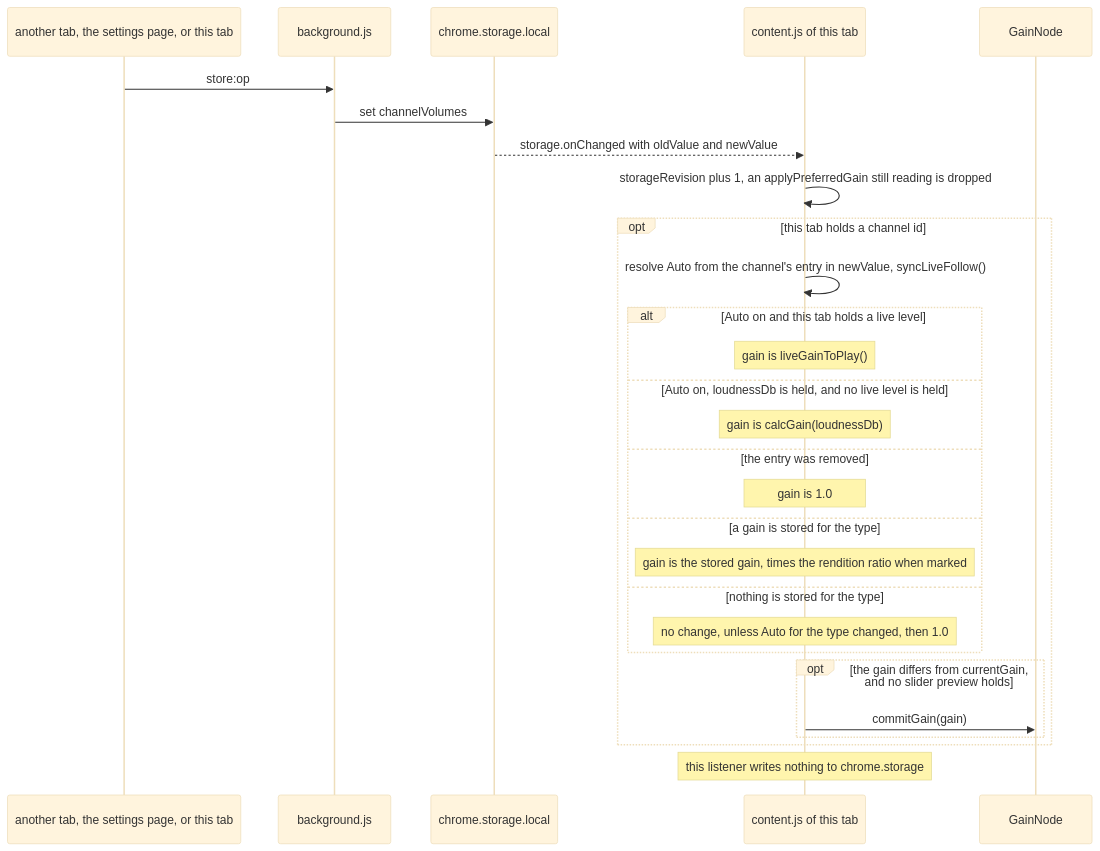
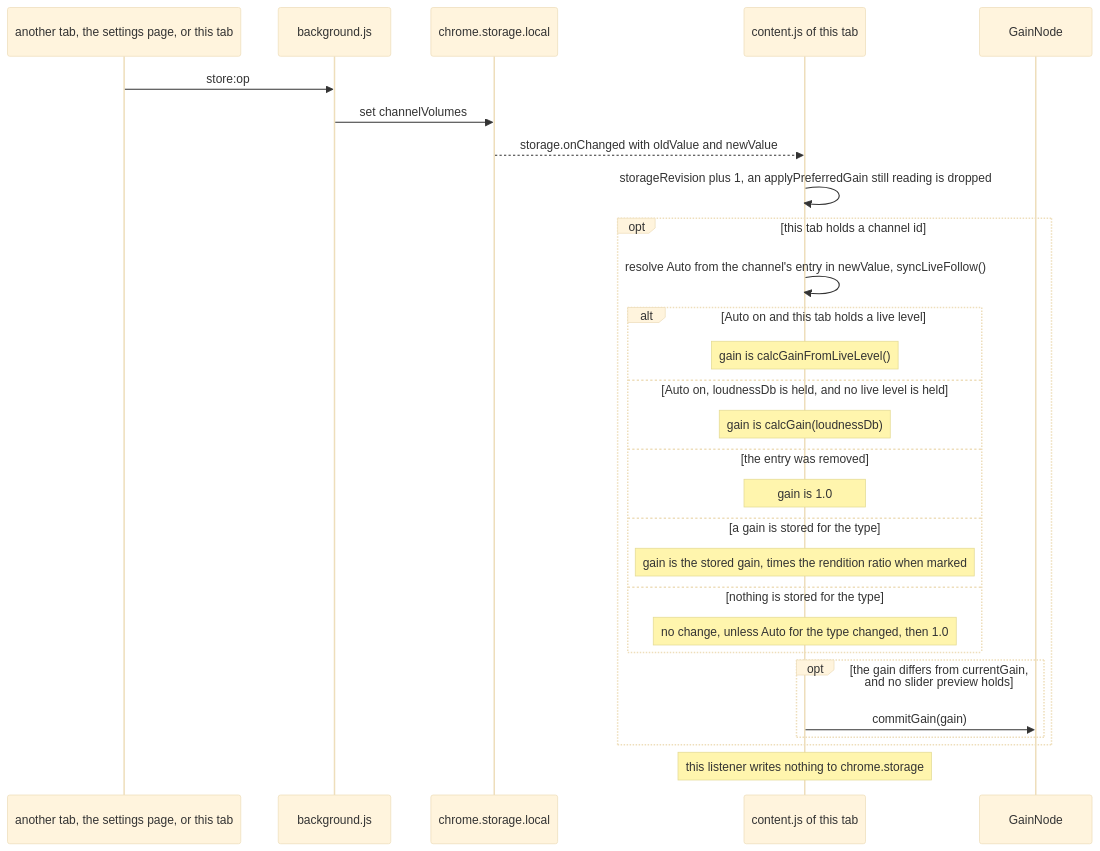
One commit to semnil/yt-channel-volume changed diagram 12 of 14 in docs/gain-change-and-save.md. Above: the diagram before and after it, drawn with Mermaid (base theme). The commit also changed other lines of this file and 4 other files, not shown here.

Commit message:
docs: describe the live follow as playing the gain the level asks for every second

````diff
--- a/docs/gain-change-and-save.md
+++ b/docs/gain-change-and-save.md
@@ -609,30 +608,30 @@
 ```mermaid
 sequenceDiagram
   participant T as another tab, the settings page, or this tab
   participant W as background.js
   participant S as chrome.storage.local
   participant C as content.js of this tab
   participant G as GainNode
   T->>W: store:op
   W->>S: set channelVolumes
   S-->>C: storage.onChanged with oldValue and newValue
   C->>C: storageRevision plus 1, an applyPreferredGain still reading is dropped
   opt this tab holds a channel id
     C->>C: resolve Auto from the channel's entry in newValue, syncLiveFollow()
     alt Auto on and this tab holds a live level
-      Note over C: gain is liveGainToPlay()
+      Note over C: gain is calcGainFromLiveLevel()
     else Auto on, loudnessDb is held, and no live level is held
       Note over C: gain is calcGain(loudnessDb)
     else the entry was removed
       Note over C: gain is 1.0
     else a gain is stored for the type
       Note over C: gain is the stored gain, times the rendition ratio when marked
     else nothing is stored for the type
       Note over C: no change, unless Auto for the type changed, then 1.0
     end
     opt the gain differs from currentGain, and no slider preview holds
       C->>G: commitGain(gain)
     end
   end
   Note over C: this listener writes nothing to chrome.storage
 ```
````
